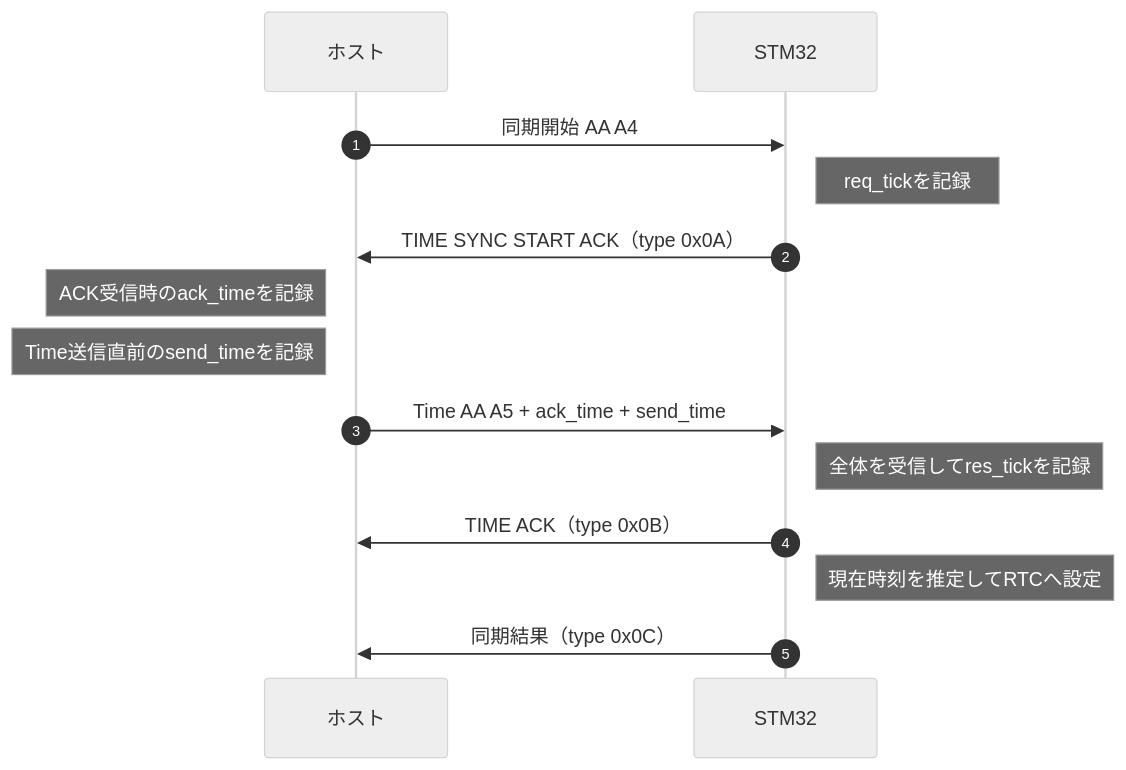
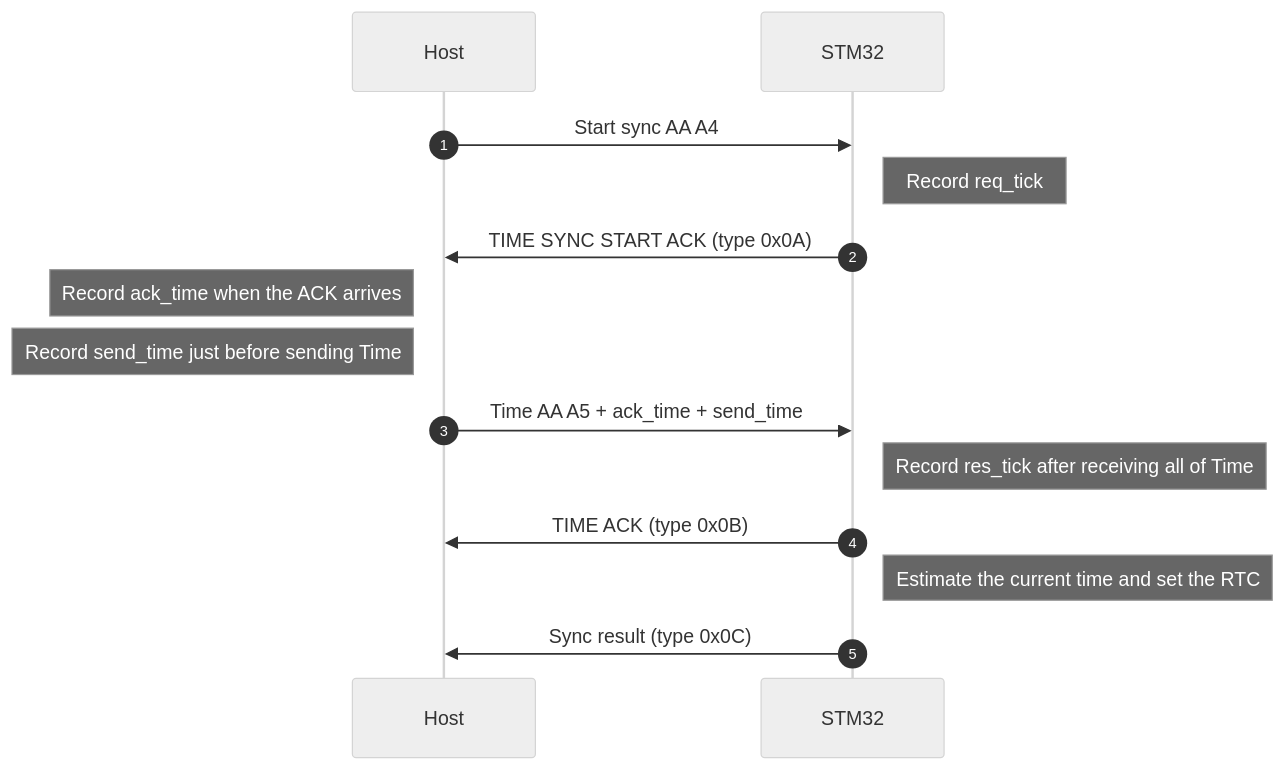
The diagram in docs/time_sync.md (kei185/sensor-echo), drawn with Mermaid (neutral theme) before and after one commit. The commit also changed other lines of this file and 7 other files, not shown here.

````diff
--- a/docs/time_sync.md
+++ b/docs/time_sync.md
@@ -9,17 +9,17 @@
 ```mermaid
 sequenceDiagram
     autonumber
-    participant Host as ホスト
+    participant Host
     participant MCU as STM32
 
-    Host->>MCU: 同期開始 AA A4
-    Note right of MCU: req_tickを記録
-    MCU->>Host: TIME SYNC START ACK（type 0x0A）
-    Note left of Host: ACK受信時のack_timeを記録
-    Note left of Host: Time送信直前のsend_timeを記録
+    Host->>MCU: Start sync AA A4
+    Note right of MCU: Record req_tick
+    MCU->>Host: TIME SYNC START ACK (type 0x0A)
+    Note left of Host: Record ack_time when the ACK arrives
+    Note left of Host: Record send_time just before sending Time
     Host->>MCU: Time AA A5 + ack_time + send_time
-    Note right of MCU: 全体を受信してres_tickを記録
-    MCU->>Host: TIME ACK（type 0x0B）
-    Note right of MCU: 現在時刻を推定してRTCへ設定
-    MCU->>Host: 同期結果（type 0x0C）
+    Note right of MCU: Record res_tick after receiving all of Time
+    MCU->>Host: TIME ACK (type 0x0B)
+    Note right of MCU: Estimate the current time and set the RTC
+    MCU->>Host: Sync result (type 0x0C)
 ```
````
